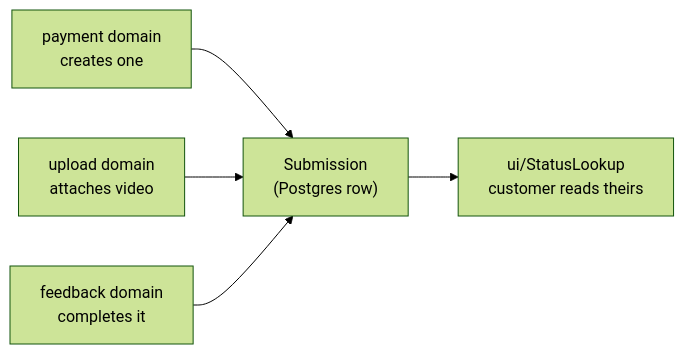
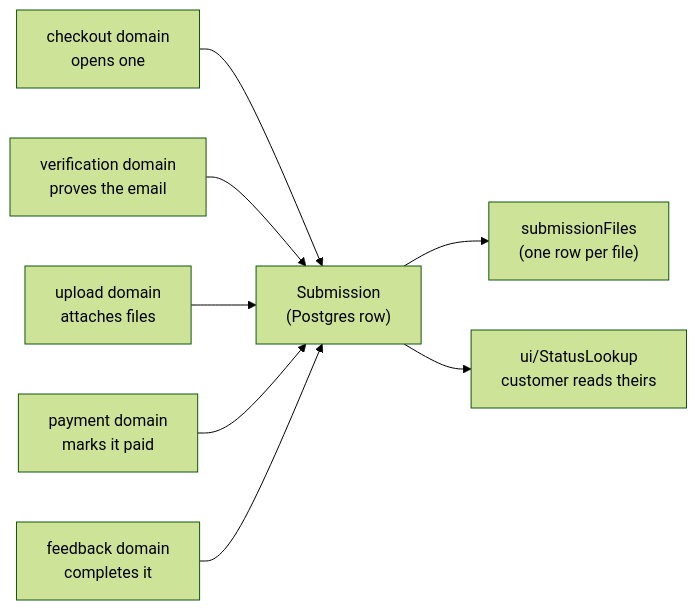
The diagram in src/domains/submission/_SubmissionDocumentation.md (aaronjwylie/baseballcoach), drawn with Mermaid (forest theme) before and after one commit. The commit also changed other lines of this file and 96 other files, not shown here.

````diff
--- a/src/domains/submission/_SubmissionDocumentation.md
+++ b/src/domains/submission/_SubmissionDocumentation.md
@@ -15,7 +16,10 @@
 ```mermaid
 flowchart LR
-    PAY["payment domain<br/>creates one"] --> SUB["Submission<br/>(Postgres row)"]
-    UP["upload domain<br/>attaches video"] --> SUB
+    CO["checkout domain<br/>opens one"] --> SUB["Submission<br/>(Postgres row)"]
+    VER["verification domain<br/>proves the email"] --> SUB
+    UP["upload domain<br/>attaches files"] --> SUB
+    PAY["payment domain<br/>marks it paid"] --> SUB
     FB["feedback domain<br/>completes it"] --> SUB
+    SUB --> FILES["submissionFiles<br/>(one row per file)"]
     SUB --> LOOK["ui/StatusLookup<br/>customer reads theirs"]
 ```
````
